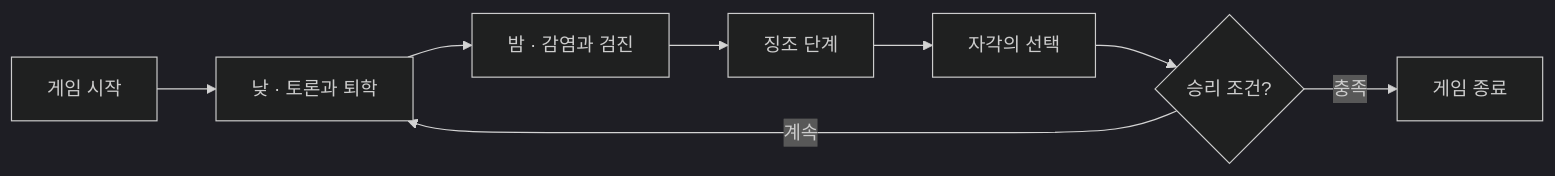
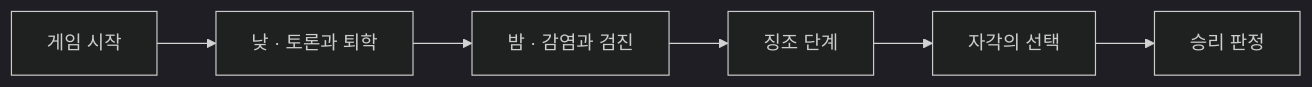
Before and after one commit to brandonnoh/mafia: the diagram in papyrus/cursed-classroom-pitch.md, drawn with Mermaid (dark theme). The commit also changed other lines of this file and 1 other file, not shown here.

Commit message:
fix: papyrus 피치 보고서 다이어그램을 컴팩트 선형으로 축소
되돌이 화살표가 있는 플로우차트는 블록이 커 page-break-inside:avoid로
다음 섹션을 다음 페이지로 밀어내 큰 공백을 유발 → 한 줄짜리 선형
다이어그램으로 축소하고 반복 흐름은 텍스트로 설명

````diff
--- a/papyrus/cursed-classroom-pitch.md
+++ b/papyrus/cursed-classroom-pitch.md
@@ -38,10 +40,4 @@
 ```mermaid
 flowchart LR
-    A[게임 시작] --> B[낮 · 토론과 퇴학]
-    B --> C[밤 · 감염과 검진]
-    C --> D[징조 단계]
-    D --> E[자각의 선택]
-    E --> F{승리 조건?}
-    F -->|계속| B
-    F -->|충족| G[게임 종료]
+    A[게임 시작] --> B[낮 · 토론과 퇴학] --> C[밤 · 감염과 검진] --> D[징조 단계] --> E[자각의 선택] --> F[승리 판정]
 ```
````
